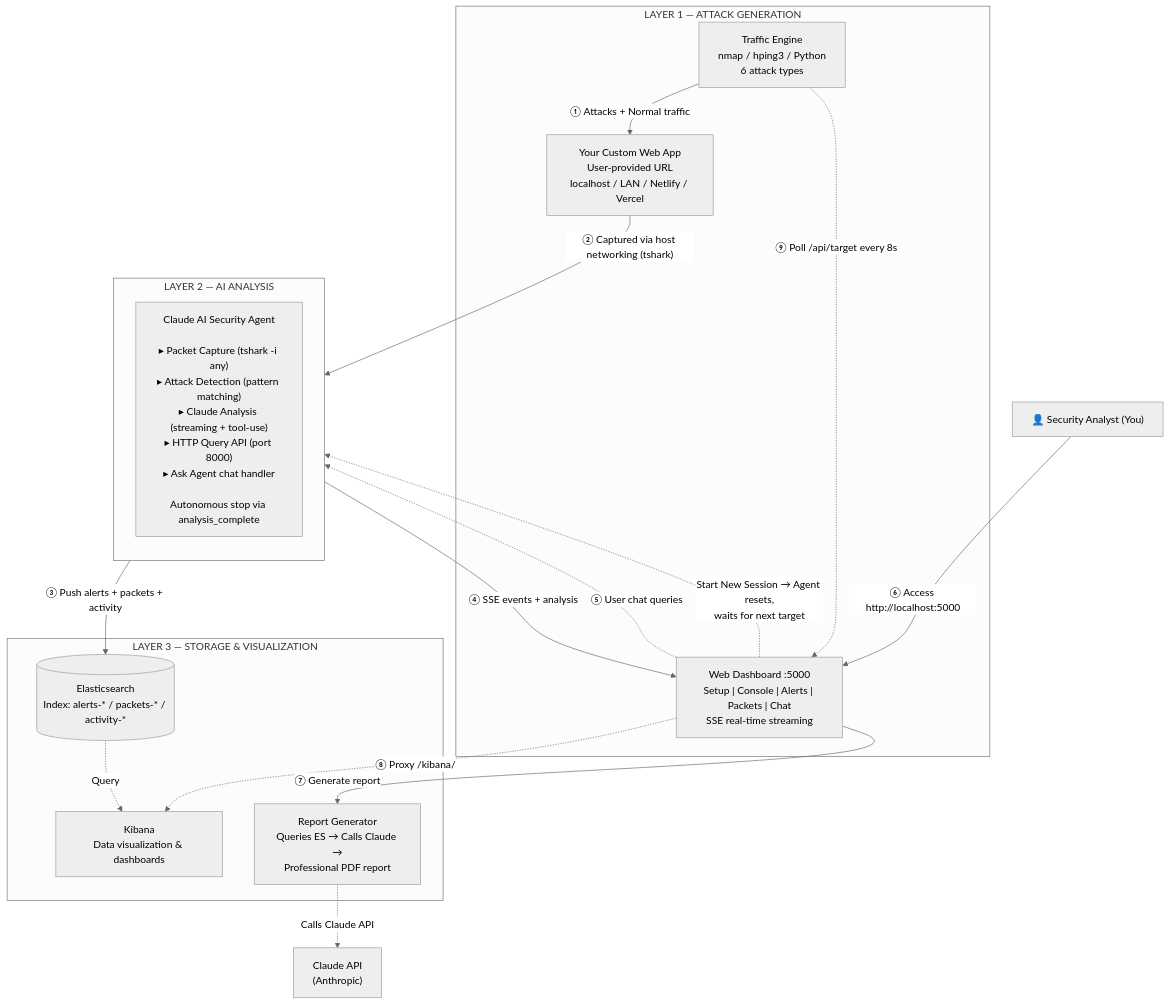
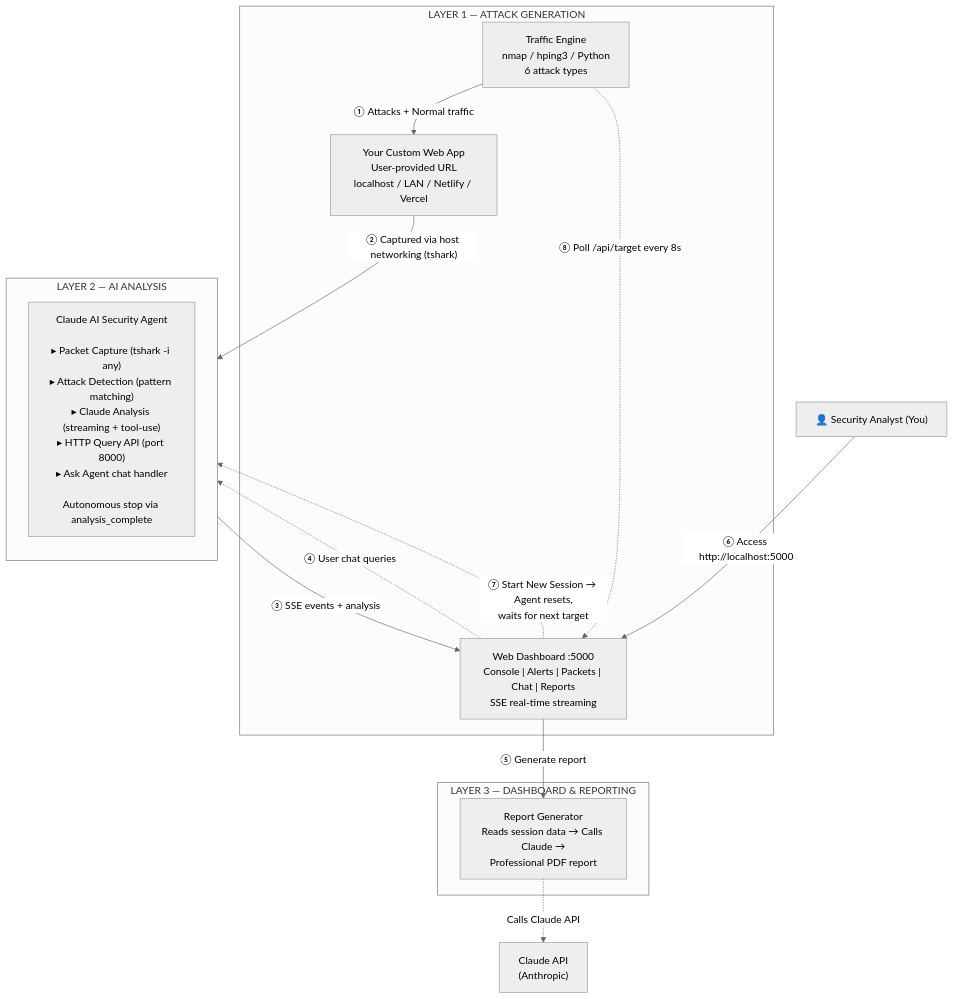
One commit to ritvikindupuri/SupplyChainVuln changed the diagram in README.md. Above: the diagram before and after it, drawn with Mermaid (neutral theme). The commit also changed other lines of this file and 12 other files, not shown here.

First line of the commit message:
Remove Elasticsearch and Kibana; switch to in-memory storage

````diff
--- a/README.md
+++ b/README.md
@@ -9,32 +9,27 @@
 ```mermaid
 flowchart TD
     subgraph L1["LAYER 1 — ATTACK GENERATION"]
         TE["Traffic Engine<br/>nmap / hping3 / Python<br/>6 attack types"]
         CWA["Your Custom Web App<br/>User-provided URL<br/>localhost / LAN / Netlify / Vercel"]
         TE -->|"① Attacks + Normal traffic"| CWA
-        TE -.->|"⑨ Poll /api/target every 8s"| DASH
+        TE -.->|"⑧ Poll /api/target every 8s"| DASH
     end
 
     subgraph L2["LAYER 2 — AI ANALYSIS"]
         direction TB
         AG["Claude AI Security Agent<br/><br/>▸ Packet Capture (tshark -i any)<br/>▸ Attack Detection (pattern matching)<br/>▸ Claude Analysis (streaming + tool-use)<br/>▸ HTTP Query API (port 8000)<br/>▸ Ask Agent chat handler<br/><br/>Autonomous stop via analysis_complete"]
     end
 
-    subgraph L3["LAYER 3 — STORAGE & VISUALIZATION"]
-        ES[("Elasticsearch<br/>Index: alerts-* / packets-* / activity-*")]
-        KB["Kibana<br/>Data visualization & dashboards"]
-        DASH["Web Dashboard :5000<br/>Setup | Console | Alerts | Packets | Chat<br/>SSE real-time streaming"]
-        RG["Report Generator<br/>Queries ES → Calls Claude →<br/>Professional PDF report"]
+    subgraph L3["LAYER 3 — DASHBOARD & REPORTING"]
+        DASH["Web Dashboard :5000<br/>Console | Alerts | Packets | Chat | Reports<br/>SSE real-time streaming"]
+        RG["Report Generator<br/>Reads session data → Calls Claude →<br/>Professional PDF report"]
     end
 
     CWA -->|"② Captured via host networking (tshark)"| AG
-    AG -->|"③ Push alerts + packets + activity"| ES
-    AG -->|"④ SSE events + analysis"| DASH
-    ES -.->|Query| KB
-    DASH -.->|"⑤ User chat queries"| AG
-    DASH -.->|"⑧ Proxy /kibana/"| KB
-    DASH -->|"⑦ Generate report"| RG
+    AG -->|"③ SSE events + analysis"| DASH
+    DASH -.->|"④ User chat queries"| AG
+    DASH -->|"⑤ Generate report"| RG
     RG -.->|"Calls Claude API"| API["Claude API<br/>(Anthropic)"]
     USER["👤 Security Analyst (You)"] -->|"⑥ Access http://localhost:5000"| DASH
-    DASH -.->|"Start New Session → Agent resets,<br/>waits for next target"| AG
+    DASH -.->|"⑦ Start New Session → Agent resets,<br/>waits for next target"| AG
 ```
````
